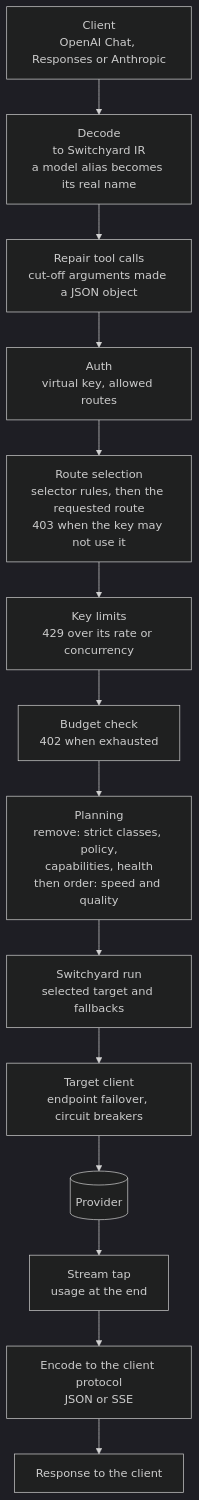
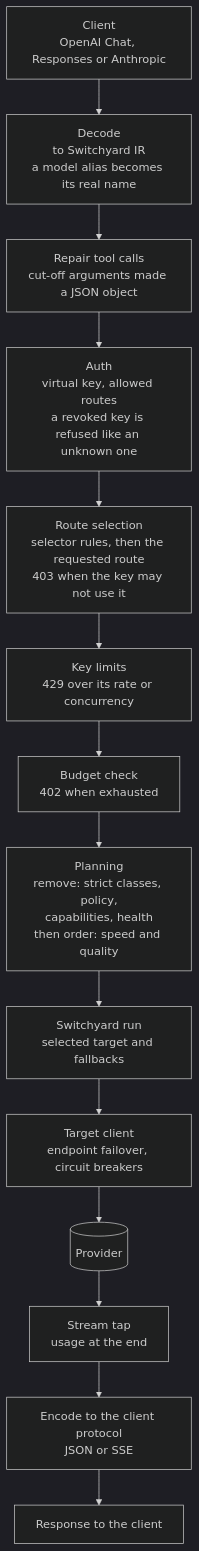
Before and after one commit to gschaetz/humpyard: the first of 4 diagrams in docs/architecture.md, drawn with Mermaid (dark theme). The commit also changed other lines of this file and 6 other files, not shown here.

First line of the commit message:
docs: actors in the threat model, architecture and roadmap, and ADR 0037 accepted (add-actors 5.1-5.3) (#305)

````diff
--- a/docs/architecture.md
+++ b/docs/architecture.md
@@ -100,16 +102,16 @@
 ```mermaid
 flowchart TD
     CL[Client<br/>OpenAI Chat, Responses or Anthropic] --> API[Decode<br/>to Switchyard IR<br/>a model alias becomes its real name]
     API --> REP[Repair tool calls<br/>cut-off arguments made a JSON object]
-    REP --> AUTH[Auth<br/>virtual key, allowed routes]
+    REP --> AUTH["Auth<br/>virtual key, allowed routes<br/>a revoked key is refused like an unknown one"]
     AUTH --> SEL[Route selection<br/>selector rules, then the requested route<br/>403 when the key may not use it]
     SEL --> LIM[Key limits<br/>429 over its rate or concurrency]
     LIM --> BUD[Budget check<br/>402 when exhausted]
     BUD --> PLAN[Planning<br/>remove: strict classes, policy,<br/>capabilities, health<br/>then order: speed and quality]
     PLAN --> RUN[Switchyard run<br/>selected target and fallbacks]
     RUN --> TC[Target client<br/>endpoint failover, circuit breakers]
     TC --> PRV[(Provider)]
     PRV --> TAP[Stream tap<br/>usage at the end]
     TAP --> ENC[Encode to the client protocol<br/>JSON or SSE]
     ENC --> OUT[Response to the client]
 ```
````
